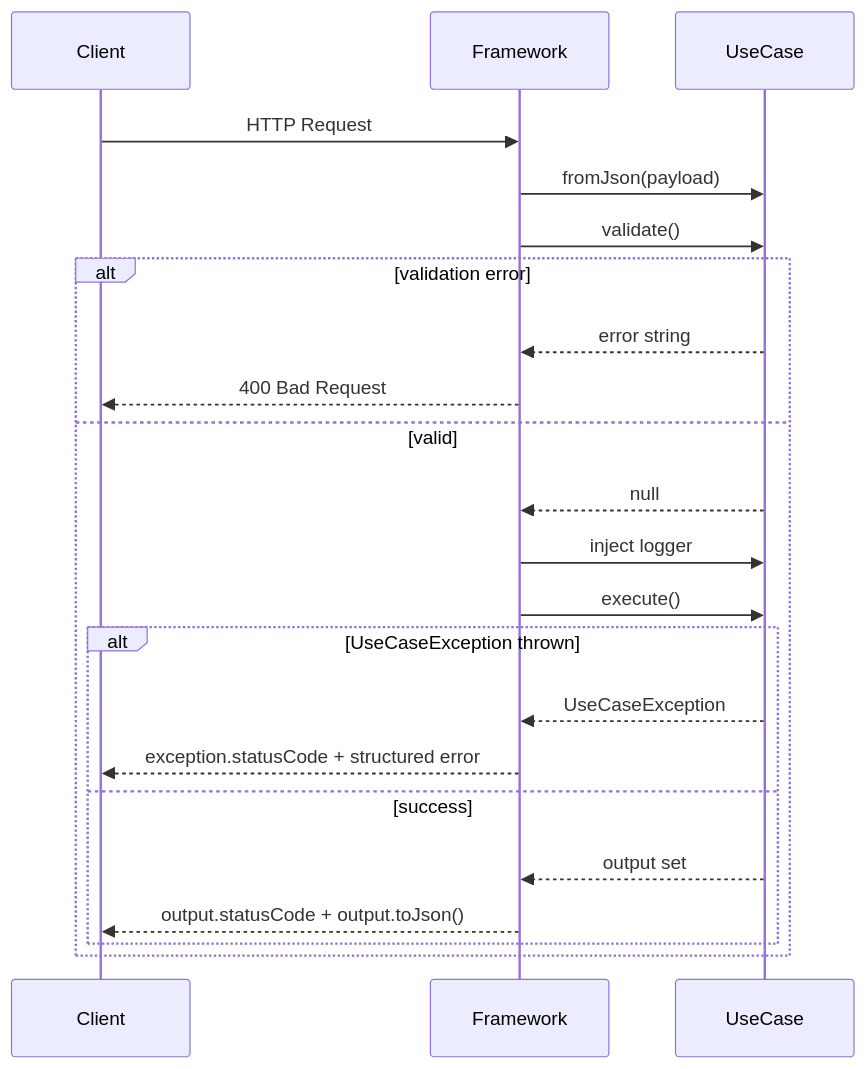
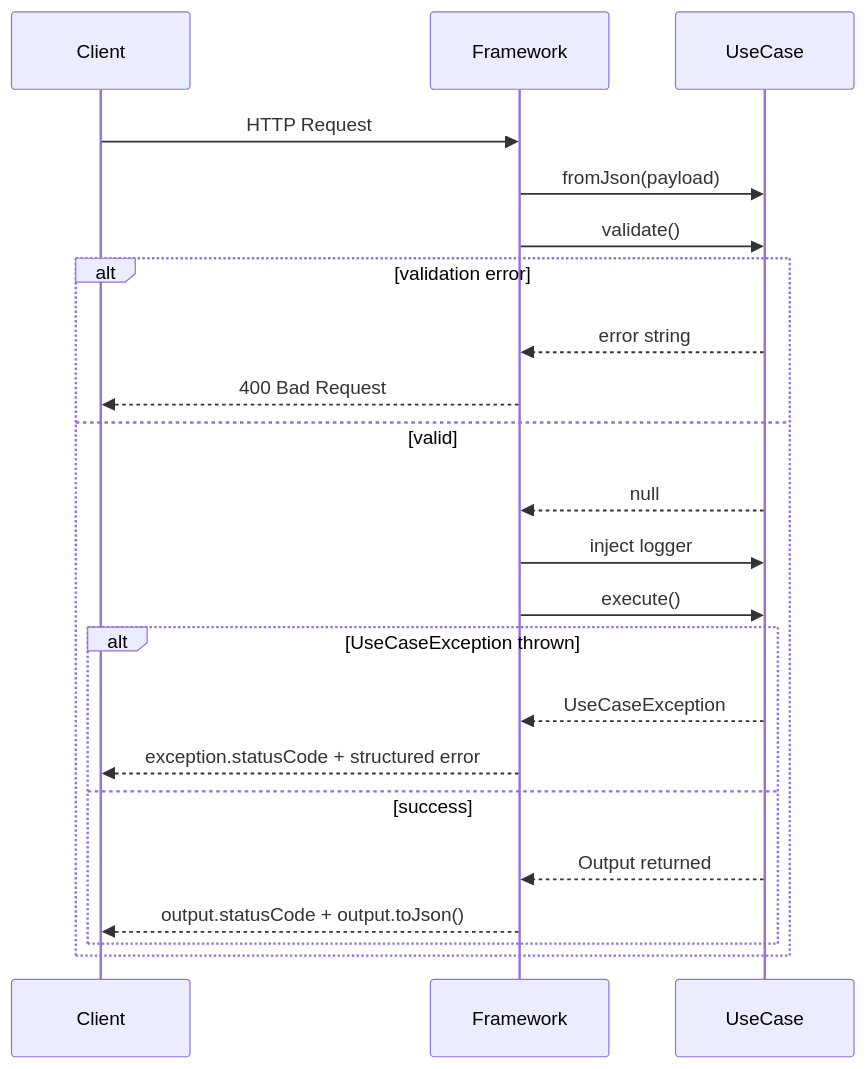
One commit to ccisnedev/modular_api changed the first of 6 diagrams in docs/architecture.md. Above: the diagram before and after it, drawn with Mermaid. The commit also changed other lines of this file and 9 other files, not shown here.

````diff
--- a/docs/architecture.md
+++ b/docs/architecture.md
@@ -69,25 +67,25 @@
 ```mermaid
 sequenceDiagram
     participant Client
     participant Framework
     participant UseCase
 
     Client->>Framework: HTTP Request
     Framework->>UseCase: fromJson(payload)
     Framework->>UseCase: validate()
     alt validation error
         UseCase-->>Framework: error string
         Framework-->>Client: 400 Bad Request
     else valid
         UseCase-->>Framework: null
         Framework->>UseCase: inject logger
         Framework->>UseCase: execute()
         alt UseCaseException thrown
             UseCase-->>Framework: UseCaseException
             Framework-->>Client: exception.statusCode + structured error
         else success
-            UseCase-->>Framework: output set
+            UseCase-->>Framework: Output returned
             Framework-->>Client: output.statusCode + output.toJson()
         end
     end
 ```
````
